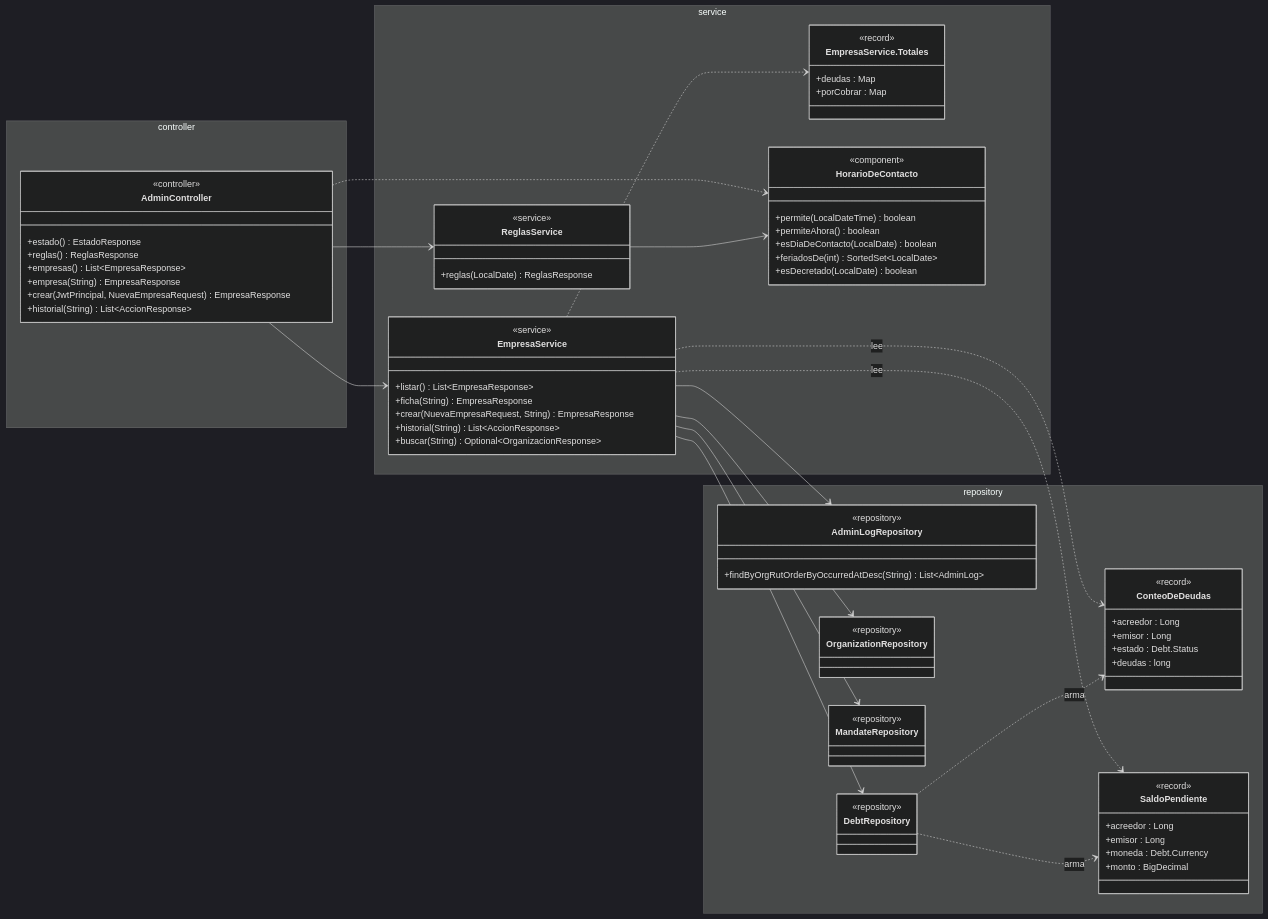
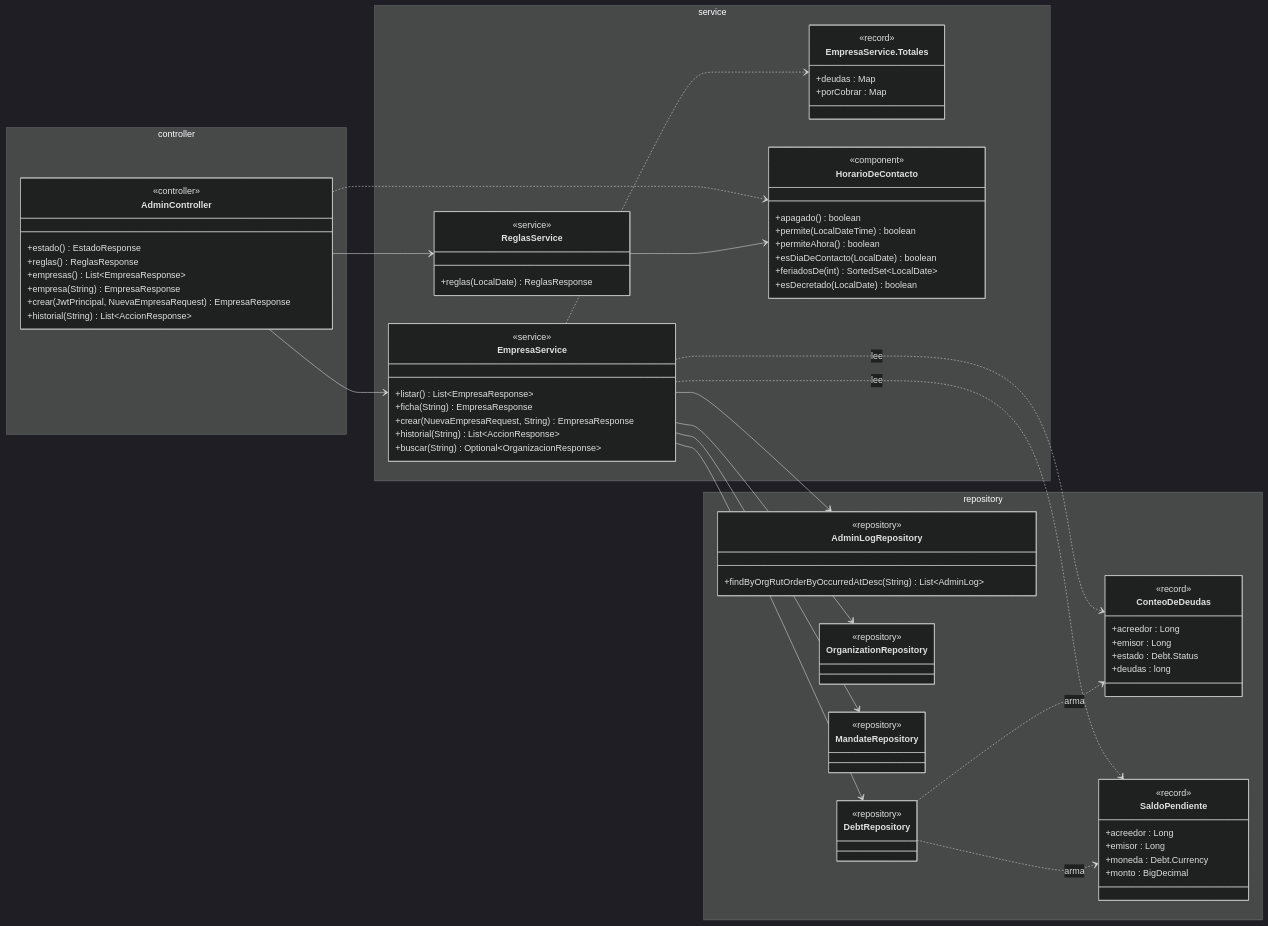
One commit to TechnicalBridge/DataBridge changed the ninth of 17 diagrams in docs/diagramas/clases.md. Above: the diagram before and after it, drawn with Mermaid (dark theme). The commit also changed other lines of this file and 25 other files, not shown here.

```diff
--- a/docs/diagramas/clases.md
+++ b/docs/diagramas/clases.md
@@ -1758,6 +1759,7 @@
         }
         class HorarioDeContacto {
             <<component>>
+            +apagado() boolean
             +permite(LocalDateTime) boolean
             +permiteAhora() boolean
             +esDiaDeContacto(LocalDate) boolean
```
